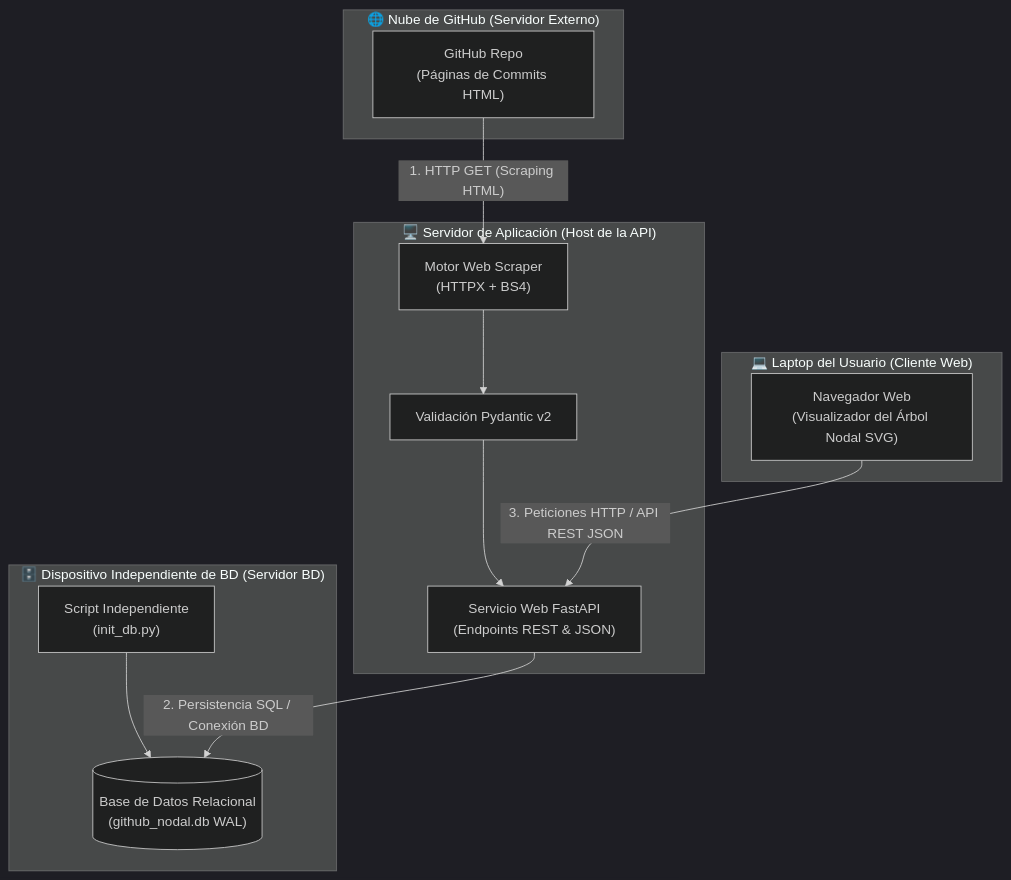
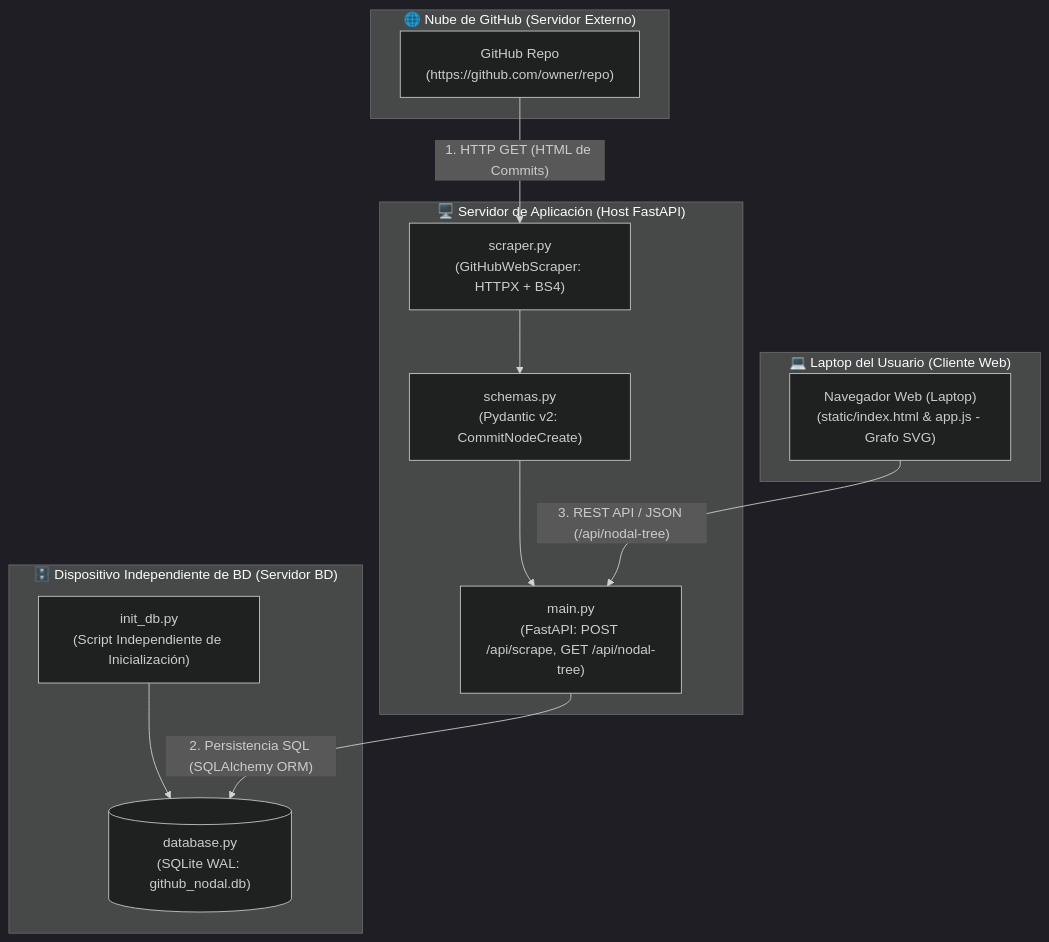
One commit to carlobeni/LPV2026-2 changed the diagram in README.md. Above: the diagram before and after it, drawn with Mermaid (dark theme). The commit also changed other lines of this file and 1 other file, not shown here.

Commit message:
docs: mover diagrama a PARTE 2, homogeneizar con nombres del codigo y retirar cabecera de profesores

````diff
--- a/README.md
+++ b/README.md
@@ -15,30 +97,30 @@
 ```mermaid
 flowchart TD
     subgraph Cloud["🌐 Nube de GitHub (Servidor Externo)"]
-        GitHub["GitHub Repo<br/>(Páginas de Commits HTML)"]
+        GitHub["GitHub Repo<br/>(https://github.com/owner/repo)"]
     end
 
-    subgraph AppServer["🖥️ Servidor de Aplicación (Host de la API)"]
-        Scraper["Motor Web Scraper<br/>(HTTPX + BS4)"]
-        Pydantic["Validación Pydantic v2"]
-        FastAPI["Servicio Web FastAPI<br/>(Endpoints REST & JSON)"]
+    subgraph AppServer["🖥️ Servidor de Aplicación (Host FastAPI)"]
+        Scraper["scraper.py<br/>(GitHubWebScraper: HTTPX + BS4)"]
+        Pydantic["schemas.py<br/>(Pydantic v2: CommitNodeCreate)"]
+        FastAPI["main.py<br/>(FastAPI: POST /api/scrape, GET /api/nodal-tree)"]
         
         Scraper --> Pydantic
         Pydantic --> FastAPI
     end
 
     subgraph DBDevice["🗄️ Dispositivo Independiente de BD (Servidor BD)"]
-        ScriptInit["Script Independiente<br/>(init_db.py)"]
-        SQLiteDB[("Base de Datos Relacional<br/>(github_nodal.db WAL)")]
+        ScriptInit["init_db.py<br/>(Script Independiente de Inicialización)"]
+        SQLiteDB[("database.py<br/>(SQLite WAL: github_nodal.db)")]
         ScriptInit --> SQLiteDB
     end
 
     subgraph ClientLaptop["💻 Laptop del Usuario (Cliente Web)"]
-        Browser["Navegador Web<br/>(Visualizador del Árbol Nodal SVG)"]
+        Browser["Navegador Web (Laptop)<br/>(static/index.html & app.js - Grafo SVG)"]
     end
 
-    %% Flujos de Información y Protocolos
-    GitHub -- "1. HTTP GET (Scraping HTML)" --> Scraper
-    FastAPI -- "2. Persistencia SQL / Conexión BD" --> SQLiteDB
-    Browser -- "3. Peticiones HTTP / API REST JSON" --> FastAPI
+    %% Flujos de Información y Protocolos Reales
+    GitHub -- "1. HTTP GET (HTML de Commits)" --> Scraper
+    FastAPI -- "2. Persistencia SQL (SQLAlchemy ORM)" --> SQLiteDB
+    Browser -- "3. REST API / JSON (/api/nodal-tree)" --> FastAPI
 ```
````
